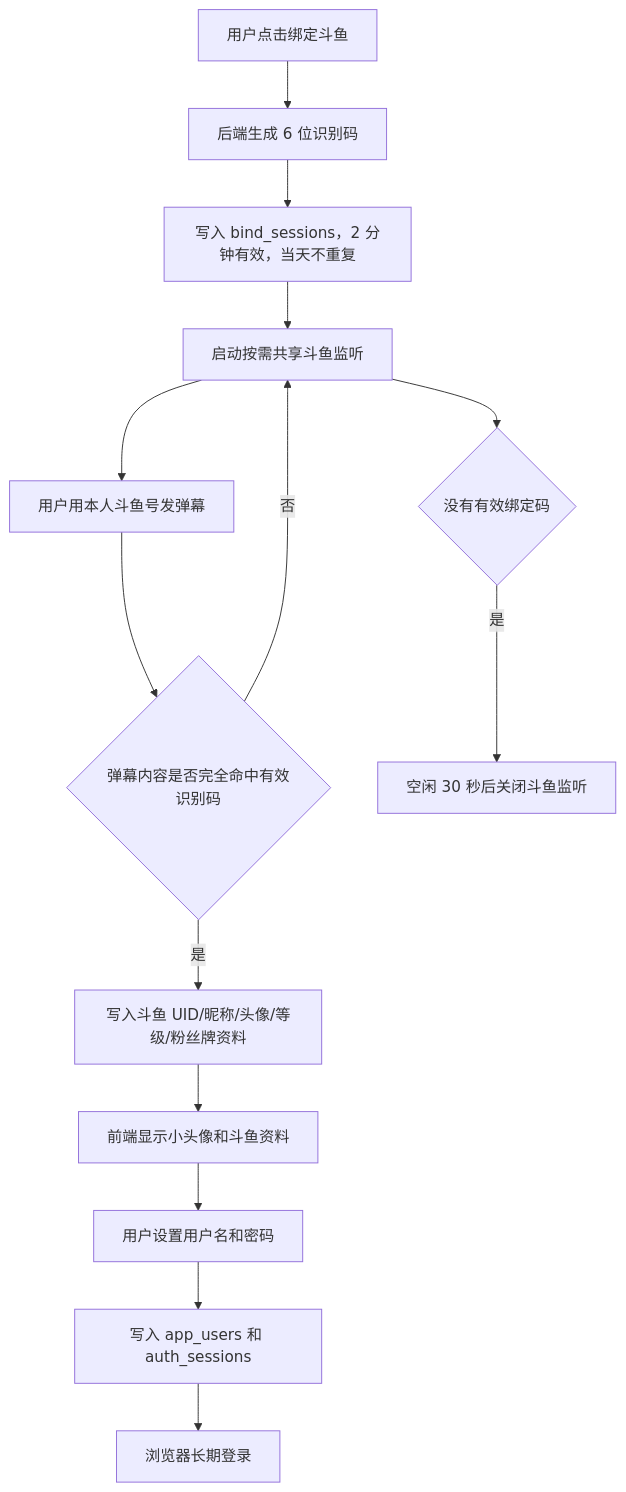
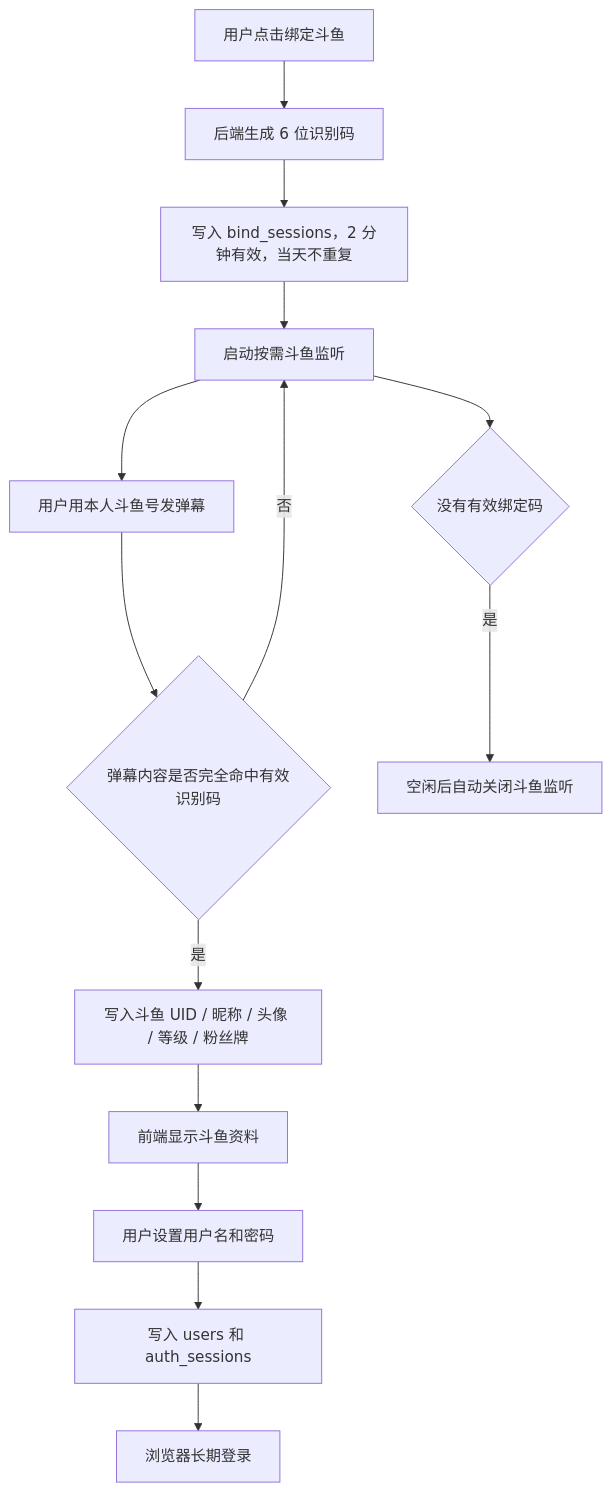
One commit to rialin-0523/bounty-board changed the diagram in README.md. Above: the diagram before and after it, drawn with Mermaid. The commit also changed other lines of this file and 14 other files, not shown here.

````diff
--- a/README.md
+++ b/README.md
@@ -40,16 +30,16 @@
 ```mermaid
 flowchart TD
   A["用户点击绑定斗鱼"] --> B["后端生成 6 位识别码"]
   B --> C["写入 bind_sessions，2 分钟有效，当天不重复"]
-  C --> D["启动按需共享斗鱼监听"]
+  C --> D["启动按需斗鱼监听"]
   D --> E["用户用本人斗鱼号发弹幕"]
   E --> F{"弹幕内容是否完全命中有效识别码"}
   F -- 否 --> D
-  F -- 是 --> G["写入斗鱼 UID/昵称/头像/等级/粉丝牌资料"]
-  G --> H["前端显示小头像和斗鱼资料"]
+  F -- 是 --> G["写入斗鱼 UID / 昵称 / 头像 / 等级 / 粉丝牌"]
+  G --> H["前端显示斗鱼资料"]
   H --> I["用户设置用户名和密码"]
-  I --> J["写入 app_users 和 auth_sessions"]
+  I --> J["写入 users 和 auth_sessions"]
   J --> K["浏览器长期登录"]
   D --> L{"没有有效绑定码"}
-  L -- 是 --> M["空闲 30 秒后关闭斗鱼监听"]
+  L -- 是 --> M["空闲后自动关闭斗鱼监听"]
 ```
````
